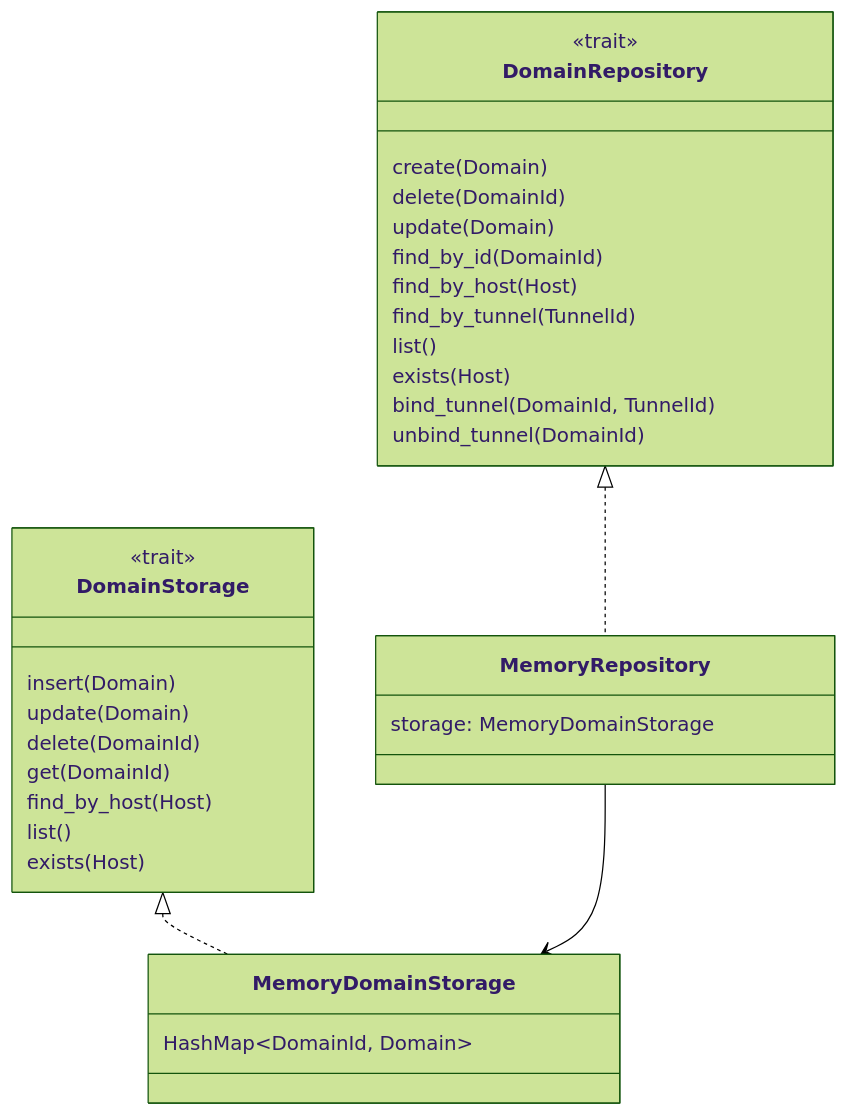
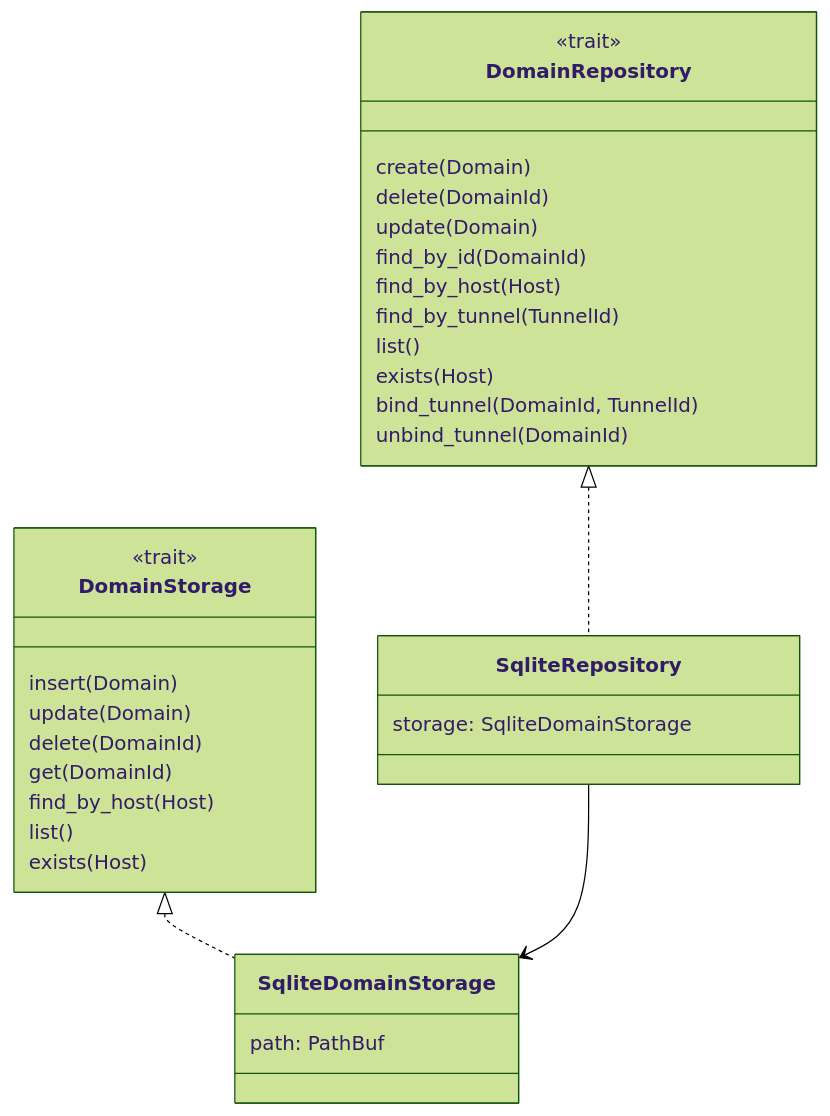
One commit to Somirk134/Gate changed the diagram in server/domain/docs/repository-structure.md. Above: the diagram before and after it, drawn with Mermaid (forest theme). The commit also changed 427 other files, not shown here.

````diff
--- a/server/domain/docs/repository-structure.md
+++ b/server/domain/docs/repository-structure.md
@@ -3,39 +3,39 @@
 ```mermaid
 classDiagram
     class DomainRepository {
         <<trait>>
         create(Domain)
         delete(DomainId)
         update(Domain)
         find_by_id(DomainId)
         find_by_host(Host)
         find_by_tunnel(TunnelId)
         list()
         exists(Host)
         bind_tunnel(DomainId, TunnelId)
         unbind_tunnel(DomainId)
     }
 
-    class MemoryRepository {
-        storage: MemoryDomainStorage
+    class SqliteRepository {
+        storage: SqliteDomainStorage
     }
 
     class DomainStorage {
         <<trait>>
         insert(Domain)
         update(Domain)
         delete(DomainId)
         get(DomainId)
         find_by_host(Host)
         list()
         exists(Host)
     }
 
-    class MemoryDomainStorage {
-        HashMap~DomainId, Domain~
+    class SqliteDomainStorage {
+        path: PathBuf
     }
 
-    DomainRepository <|.. MemoryRepository
-    DomainStorage <|.. MemoryDomainStorage
-    MemoryRepository --> MemoryDomainStorage
+    DomainRepository <|.. SqliteRepository
+    DomainStorage <|.. SqliteDomainStorage
+    SqliteRepository --> SqliteDomainStorage
 ```
````
